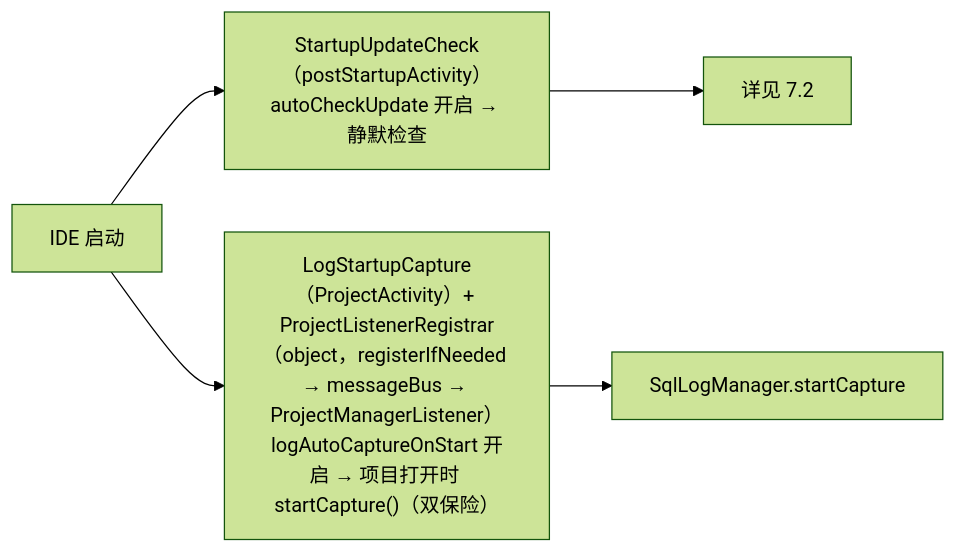
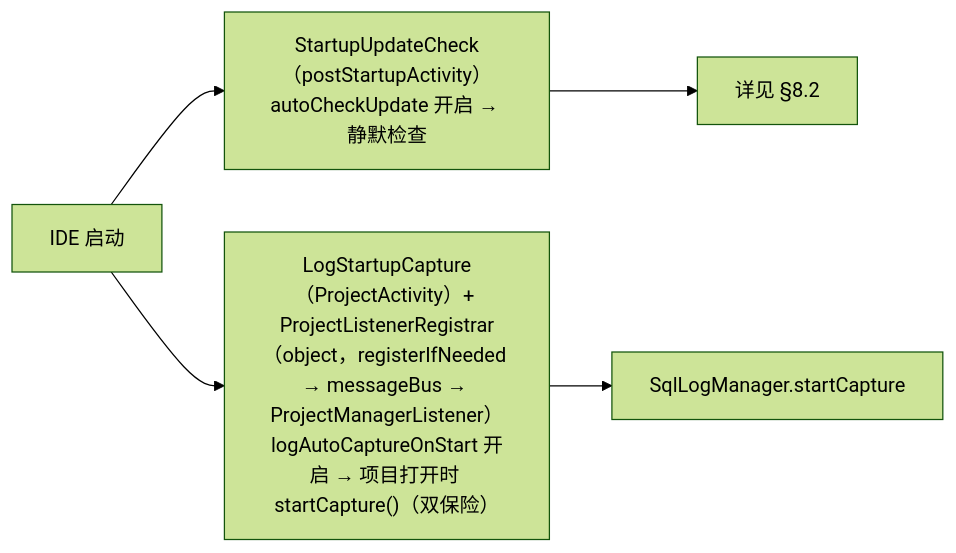
One commit to JayF211/mybatis-plus-sql-visualizer changed diagram 13 of 14 in docs/架构设计/02-核心流程详解.md. Above: the diagram before and after it, drawn with Mermaid (forest theme). The commit also changed other lines of this file and 3 other files, not shown here.

````diff
--- a/docs/架构设计/02-核心流程详解.md
+++ b/docs/架构设计/02-核心流程详解.md
@@ -481,7 +506,7 @@
 ```mermaid
 flowchart LR
     IDE["IDE 启动"] --> UC["StartupUpdateCheck（postStartupActivity）<br/>autoCheckUpdate 开启 → 静默检查"]
     IDE --> LC["LogStartupCapture（ProjectActivity）+ ProjectListenerRegistrar（object，registerIfNeeded → messageBus → ProjectManagerListener）<br/>logAutoCaptureOnStart 开启 → 项目打开时 startCapture()（双保险）"]
-    UC --> U["详见 7.2"]
+    UC --> U["详见 §8.2"]
     LC --> M["SqlLogManager.startCapture"]
 ```
````
